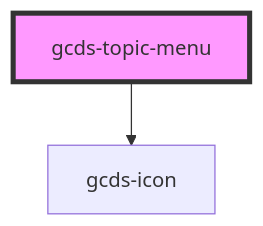
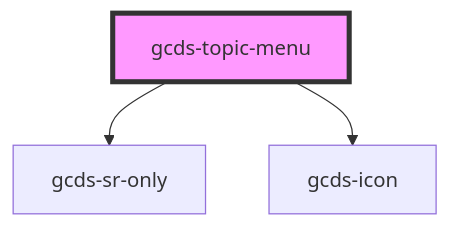
One commit to cds-snc/gcds-components changed the diagram in packages/web/src/components/gcds-topic-menu/readme.md. Above: the diagram before and after it, drawn with Mermaid. The commit also changed other lines of this file and 11 other files, not shown here.

````diff
--- a/packages/web/src/components/gcds-topic-menu/readme.md
+++ b/packages/web/src/components/gcds-topic-menu/readme.md
@@ -87,5 +88,6 @@
 ```mermaid
 graph TD;
+  gcds-topic-menu --> gcds-sr-only
   gcds-topic-menu --> gcds-icon
   style gcds-topic-menu fill:#f9f,stroke:#333,stroke-width:4px
 ```
````
